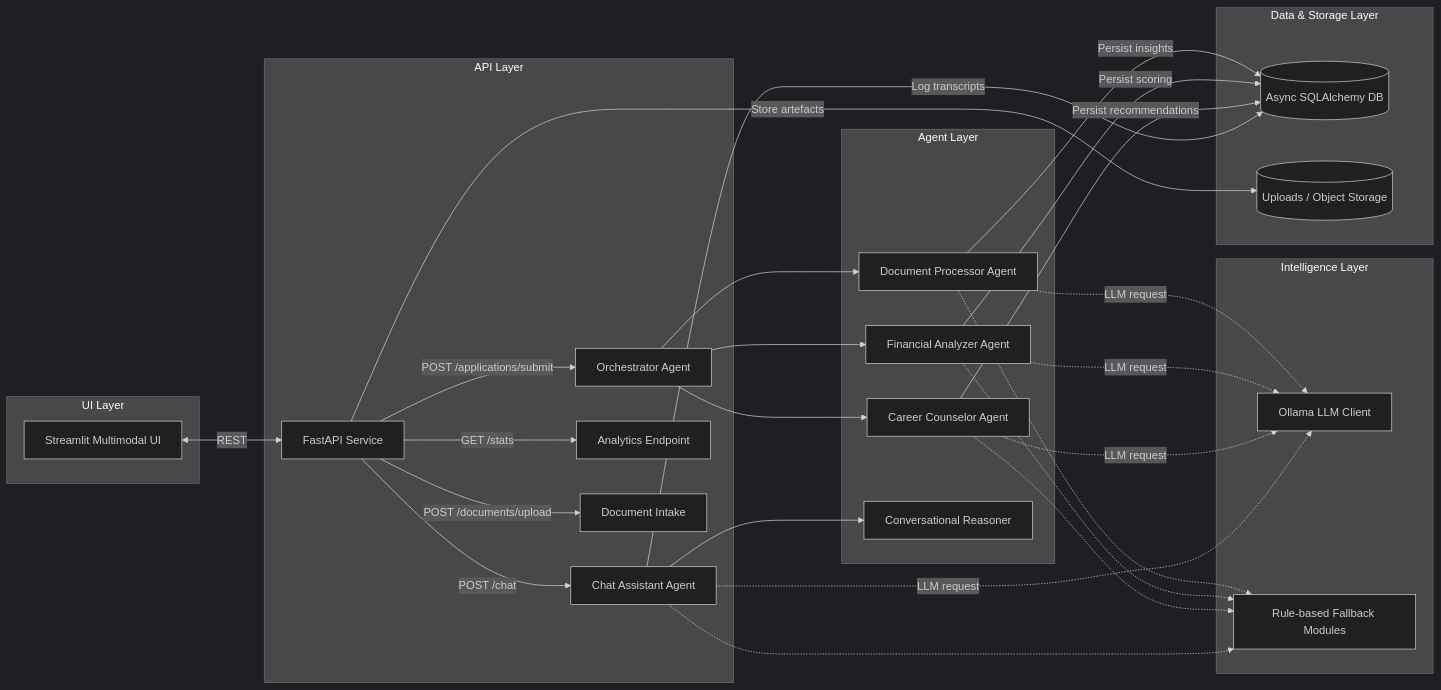
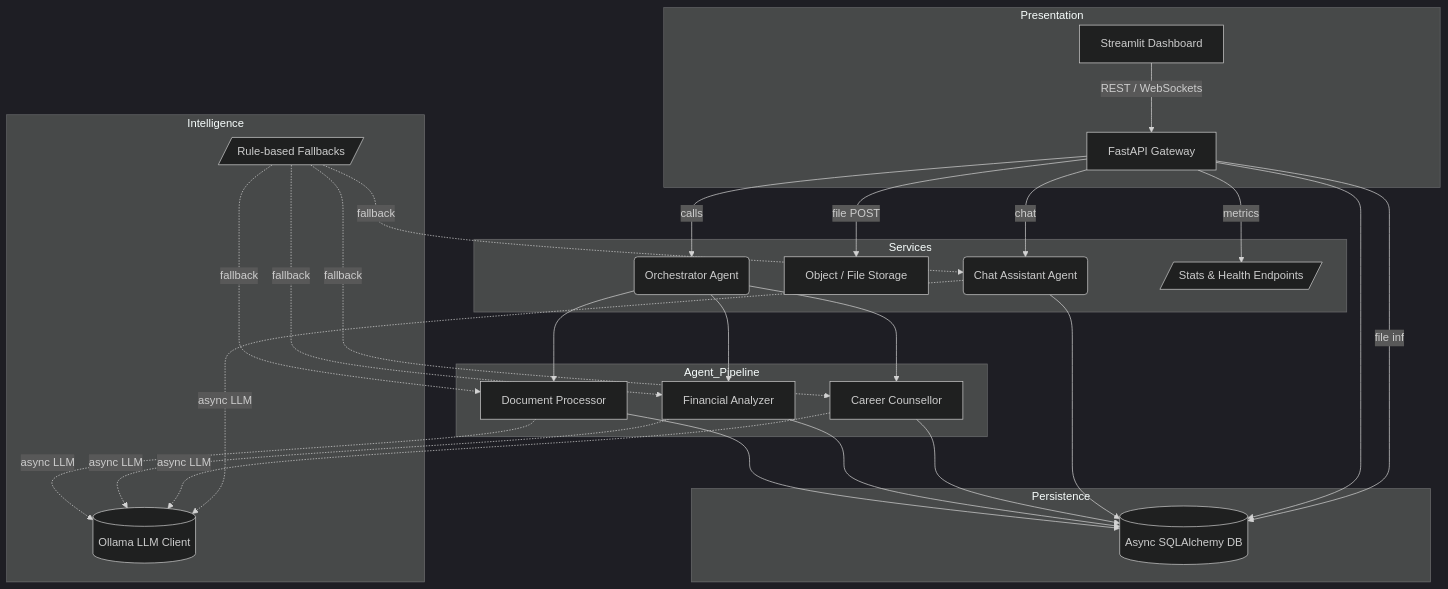
The first of 2 diagrams in docs/solution_summary.md (pratyushlohumi26/social-support-agent), drawn with Mermaid (dark theme) before and after one commit. The commit also changed other lines of this file, not shown here.

````diff
--- a/docs/solution_summary.md
+++ b/docs/solution_summary.md
@@ -18,46 +13,46 @@
 ```mermaid
-flowchart LR
-    subgraph UI Layer
-        A[Streamlit Multimodal UI]
+flowchart TD
+    subgraph Presentation
+        ST[Streamlit Dashboard] --REST / WebSockets--> API
     end
 
-    subgraph API Layer
-        B[FastAPI Service]
-        B --> |POST /applications/submit| C[Orchestrator Agent]
-        B --> |POST /chat| D[Chat Assistant Agent]
-        B --> |GET /stats| M[Analytics Endpoint]
-        B --> |POST /documents/upload| N[Document Intake]
+    subgraph Services
+        API[FastAPI Gateway] --calls--> ORC(Orchestrator Agent)
+        API --file POST--> UPLOADS[Object / File Storage]
+        API --chat--> CHAT(Chat Assistant Agent)
+        API --metrics--> STATS[/Stats & Health Endpoints/]
     end
 
-    subgraph Agent Layer
-        C --> E[Document Processor Agent]
-        C --> F[Financial Analyzer Agent]
-        C --> G[Career Counselor Agent]
-        D --> H[Conversational Reasoner]
+    subgraph Agent_Pipeline
+        ORC --> DOCS[Document Processor]
+        ORC --> FIN[Financial Analyzer]
+        ORC --> CAREER[Career Counsellor]
     end
 
-    subgraph Intelligence Layer
-        I[Ollama LLM Client]
-        J[Rule-based Fallback Modules]
+    subgraph Intelligence
+        LLM[(Ollama LLM Client)]
+        RULES[/Rule-based Fallbacks/]
     end
 
-    subgraph Data & Storage Layer
-        K[(Async SQLAlchemy DB)]
-        L[(Uploads / Object Storage)]
+    subgraph Persistence
+        DB[(Async SQLAlchemy DB)]
     end
 
-    A <--> |REST| B
-    E --> |Persist insights| K
-    F --> |Persist scoring| K
-    G --> |Persist recommendations| K
-    D --> |Log transcripts| K
-    B --> |Store artefacts| L
-    E -.-> |LLM request| I
-    F -.-> |LLM request| I
-    G -.-> |LLM request| I
-    D -.-> |LLM request| I
-    E -.-> J
-    F -.-> J
-    G -.-> J
-    D -.-> J
+    %% relationships
+    DOCS -.async LLM.-> LLM
+    FIN  -.async LLM.-> LLM
+    CAREER -.async LLM.-> LLM
+    CHAT -.async LLM.-> LLM
+
+    DOCS --> DB
+    FIN  --> DB
+    CAREER --> DB
+    CHAT --> DB
+    API  --> DB
+    API  --file info--> DB
+
+    RULES -.fallback.-> DOCS
+    RULES -.fallback.-> FIN
+    RULES -.fallback.-> CAREER
+    RULES -.fallback.-> CHAT
 ```
````
